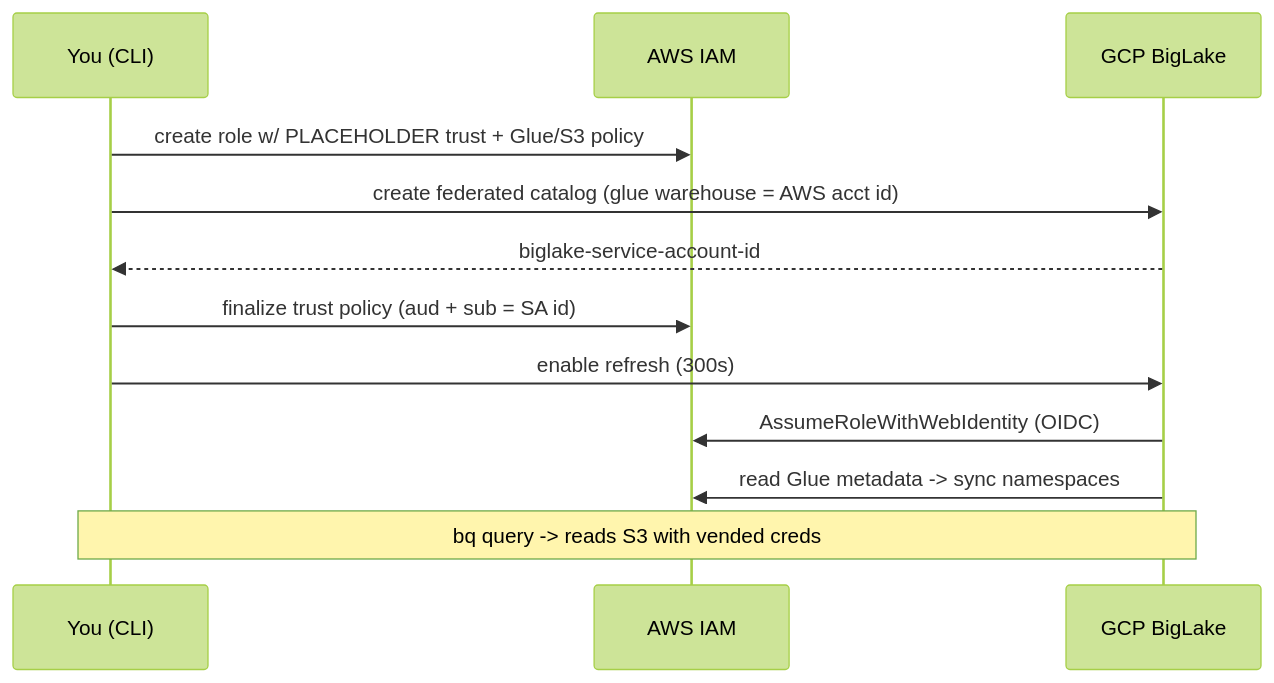
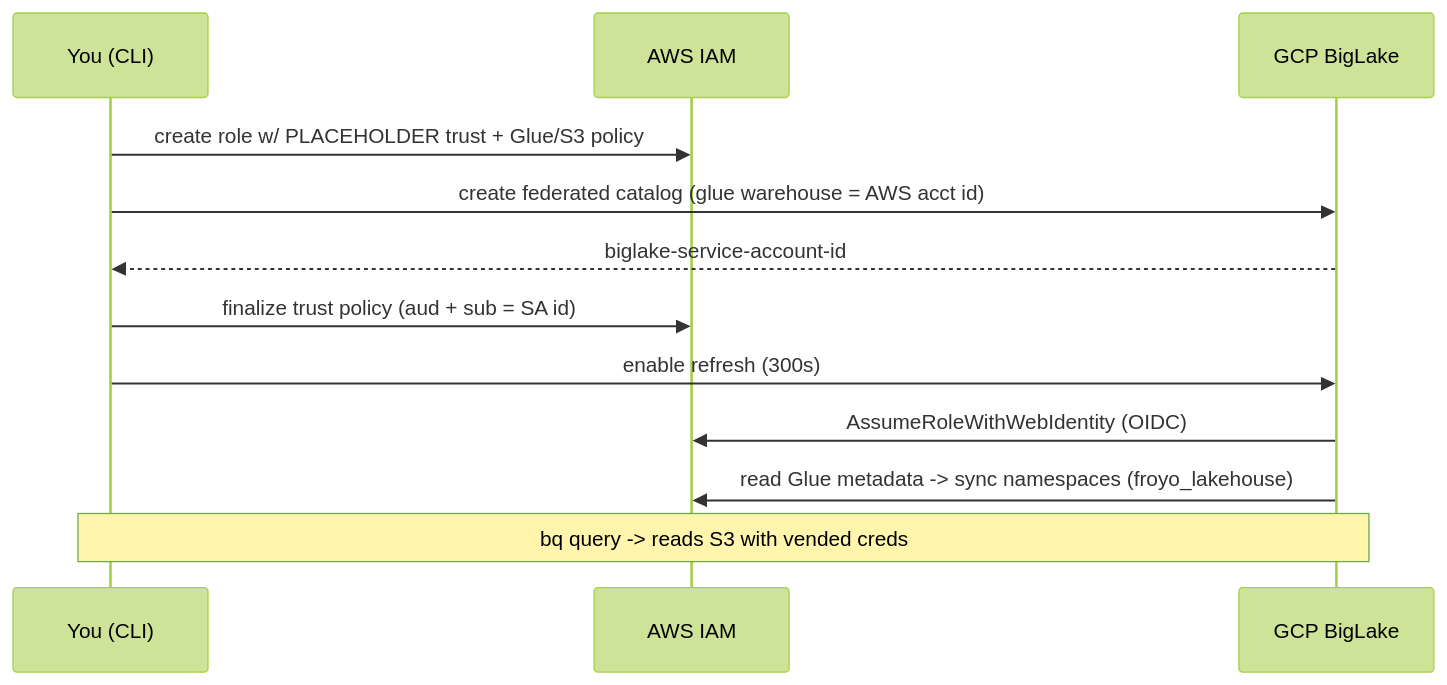
Before and after one commit to johanesalxd/random-stuff: the diagram in bq_cross_cloud_lakehouse/docs/runbook.md, drawn with Mermaid (forest theme). The commit also changed other lines of this file and 33 other files, not shown here.

First line of the commit message:
feat(bq_cross_cloud_lakehouse): self-contained Froyo keynote demo (codelab + AWS cross-cloud arm)

````diff
--- a/bq_cross_cloud_lakehouse/docs/runbook.md
+++ b/bq_cross_cloud_lakehouse/docs/runbook.md
@@ -13,14 +16,14 @@
 ```mermaid
 sequenceDiagram
     participant U as You (CLI)
     participant A as AWS IAM
     participant G as GCP BigLake
     U->>A: create role w/ PLACEHOLDER trust + Glue/S3 policy
     U->>G: create federated catalog (glue warehouse = AWS acct id)
     G-->>U: biglake-service-account-id
     U->>A: finalize trust policy (aud + sub = SA id)
     U->>G: enable refresh (300s)
     G->>A: AssumeRoleWithWebIdentity (OIDC)
-    G->>A: read Glue metadata -> sync namespaces
+    G->>A: read Glue metadata -> sync namespaces (froyo_lakehouse)
     Note over U,G: bq query -> reads S3 with vended creds
 ```
````
